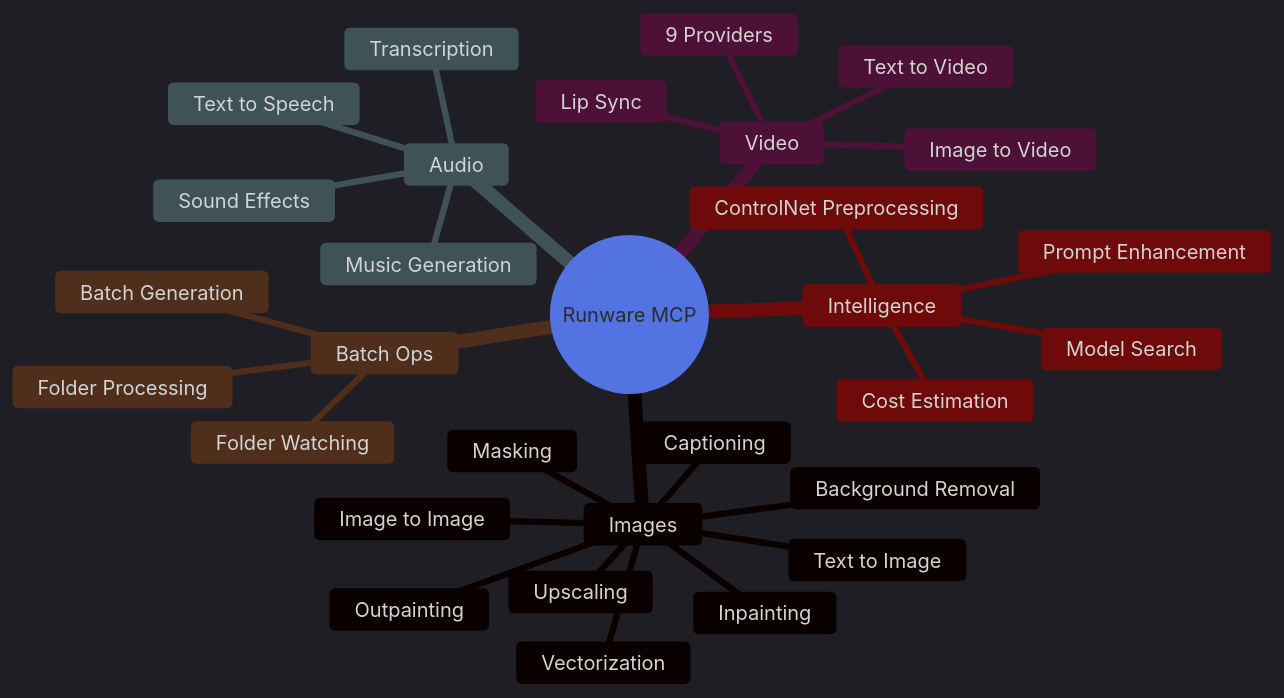
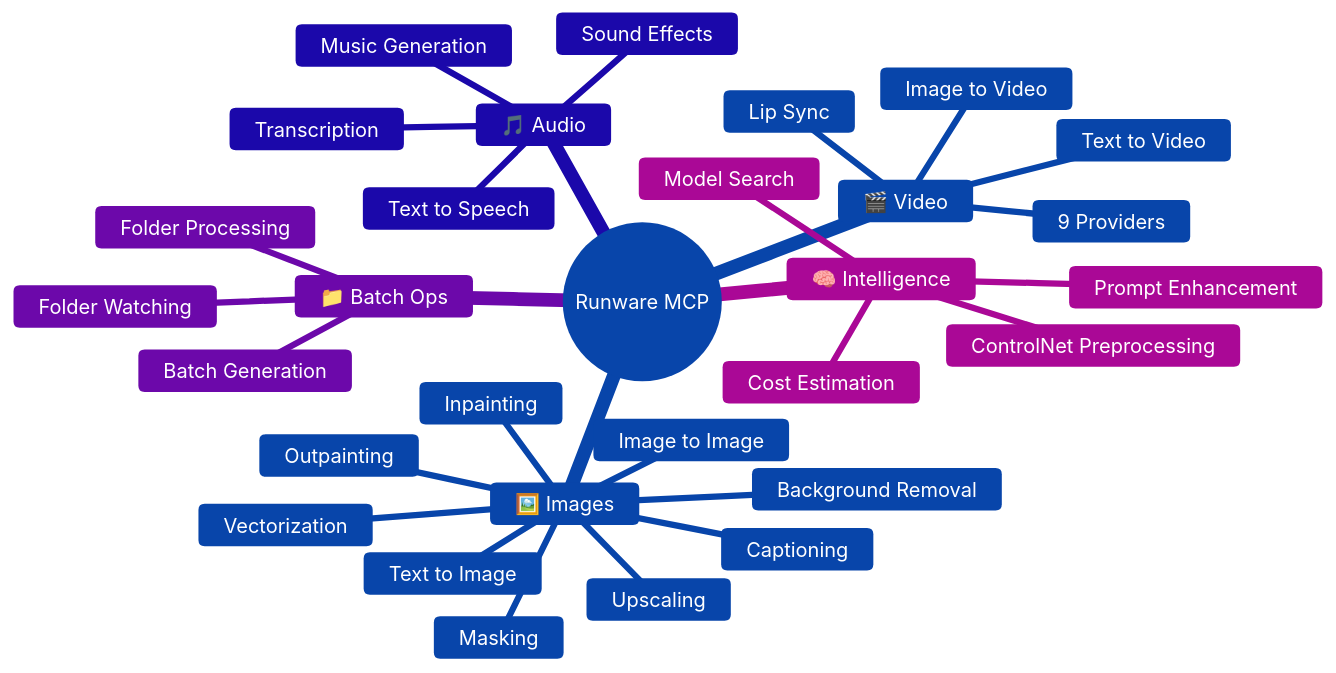
The second of 3 diagrams in README.md (ul0gic/runware-mcp), drawn with Mermaid before and after one commit.

Commit message:
set blue graph

````diff
--- a/README.md
+++ b/README.md
@@ -105,34 +105,34 @@
 ```mermaid
-%%{init: {'theme': 'dark', 'themeVariables': { 'primaryColor': '#2563eb', 'primaryTextColor': '#ffffff', 'primaryBorderColor': '#60a5fa', 'lineColor': '#60a5fa', 'secondaryColor': '#1e40af', 'tertiaryColor': '#3b82f6', 'noteTextColor': '#ffffff', 'noteBkgColor': '#2563eb'}}}%%
+%%{init: {'theme': 'base', 'themeVariables': { 'primaryColor': '#3b82f6', 'primaryTextColor': '#ffffff', 'primaryBorderColor': '#60a5fa', 'lineColor': '#60a5fa', 'secondaryColor': '#3b82f6', 'tertiaryColor': '#3b82f6', 'background': '#1e293b', 'mainBkg': '#3b82f6', 'nodeBkg': '#3b82f6', 'clusterBkg': '#3b82f6', 'titleColor': '#ffffff', 'edgeLabelBackground': '#3b82f6'}}}%%
 mindmap
   root((Runware MCP))
-    Images
+    🖼️ Images
       Text to Image
       Image to Image
       Inpainting
       Outpainting
       Upscaling
       Background Removal
       Captioning
       Masking
       Vectorization
-    Video
+    🎬 Video
       Text to Video
       Image to Video
       Lip Sync
       9 Providers
-    Audio
+    🎵 Audio
       Music Generation
       Sound Effects
       Text to Speech
       Transcription
-    Batch Ops
+    📁 Batch Ops
       Folder Processing
       Batch Generation
       Folder Watching
-    Intelligence
+    🧠 Intelligence
       Prompt Enhancement
       ControlNet Preprocessing
       Model Search
       Cost Estimation
 ```
````
